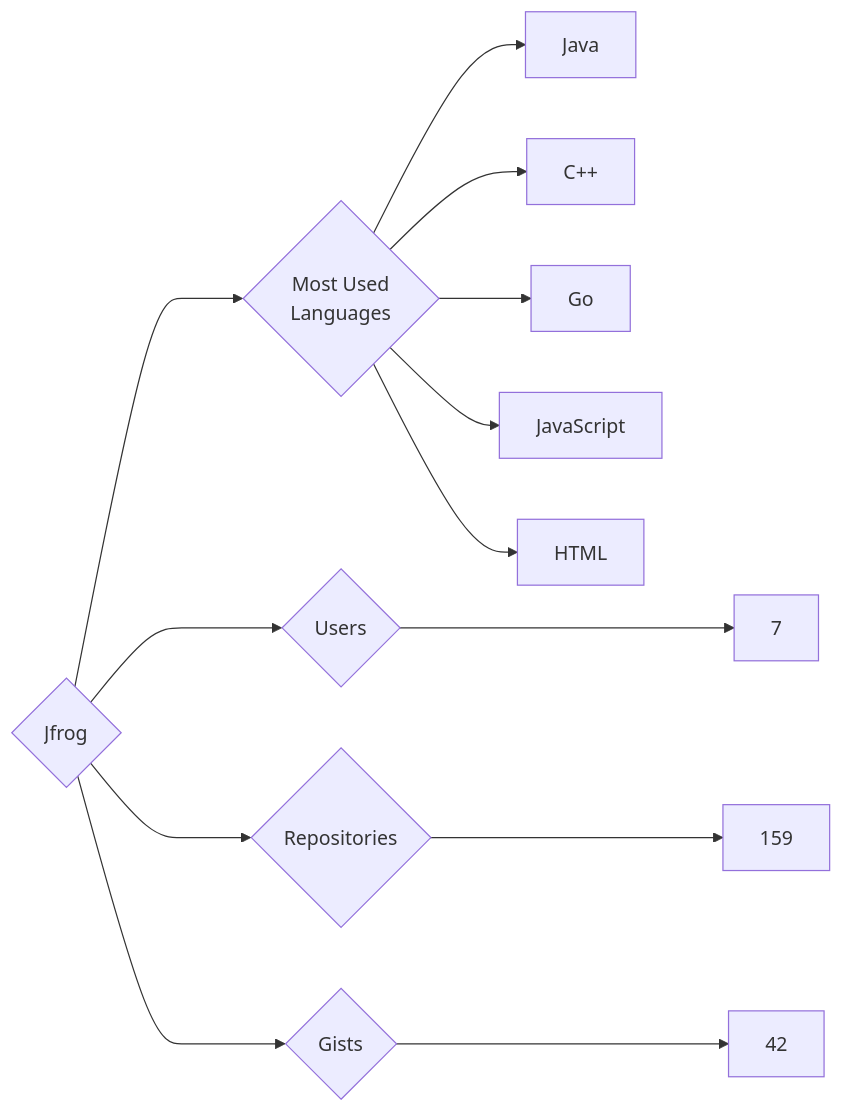
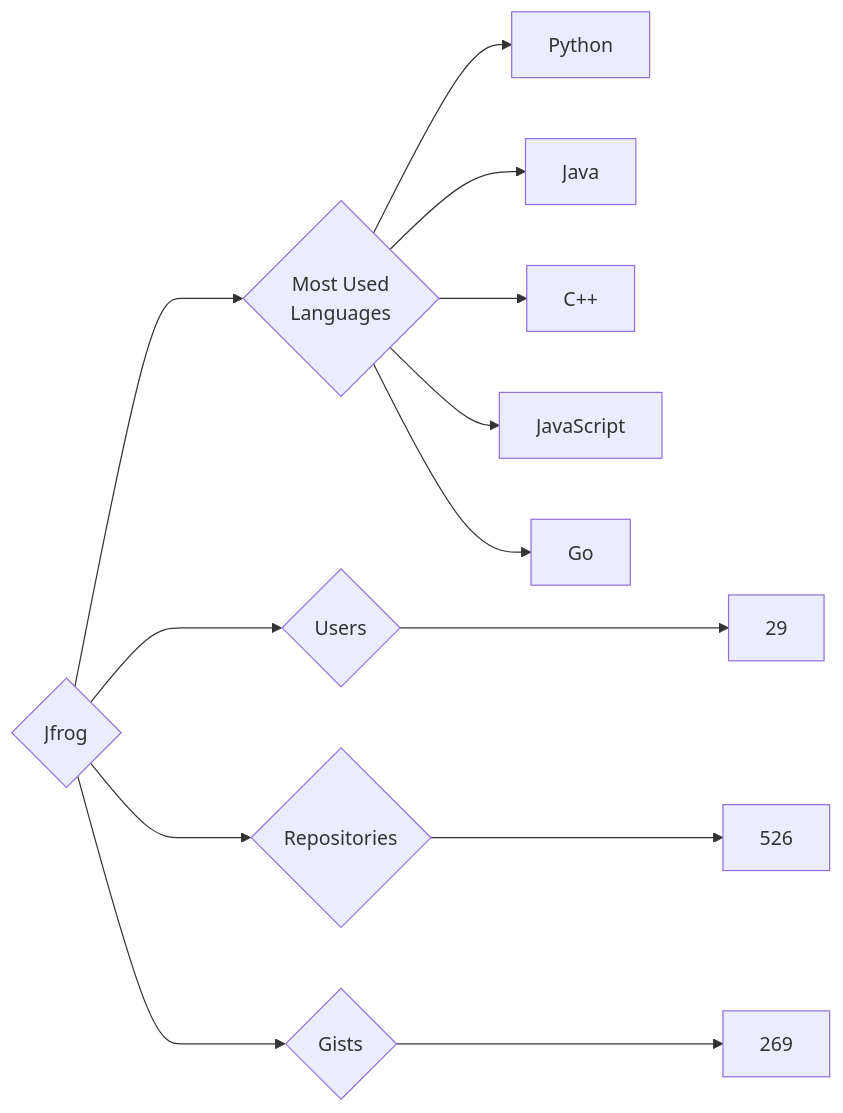
Before and after one commit to trickest/insiders: the diagram in targets/Jfrog/README.md, drawn with Mermaid. The commit also changed 951 other files, not shown here.

````diff
--- a/targets/Jfrog/README.md
+++ b/targets/Jfrog/README.md
@@ -3,13 +3,13 @@
 ```mermaid
 graph LR
 COMPANY_NAME{Jfrog}
-COMPANY_NAME ---> U{Users} ---> UN[7]
-COMPANY_NAME ---> R{Repositories} ---> RN[159]
-COMPANY_NAME ---> G{Gists} ---> GN[42]
+COMPANY_NAME ---> U{Users} ---> UN[29]
+COMPANY_NAME ---> R{Repositories} ---> RN[526]
+COMPANY_NAME ---> G{Gists} ---> GN[269]
 COMPANY_NAME ---> ML{Most Used<br>Languages}
+ML --> Python[Python]
 ML --> Java[Java]
 ML --> C++[C++]
+ML --> JavaScript[JavaScript]
 ML --> Go[Go]
-ML --> JavaScript[JavaScript]
-ML --> HTML[HTML]
 ```
````
